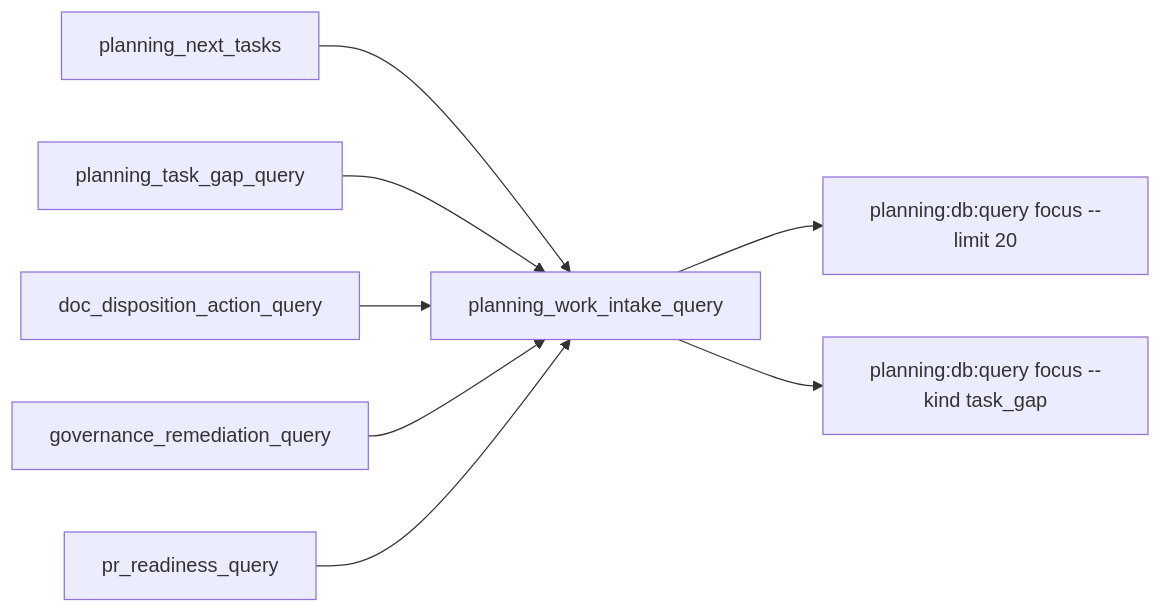
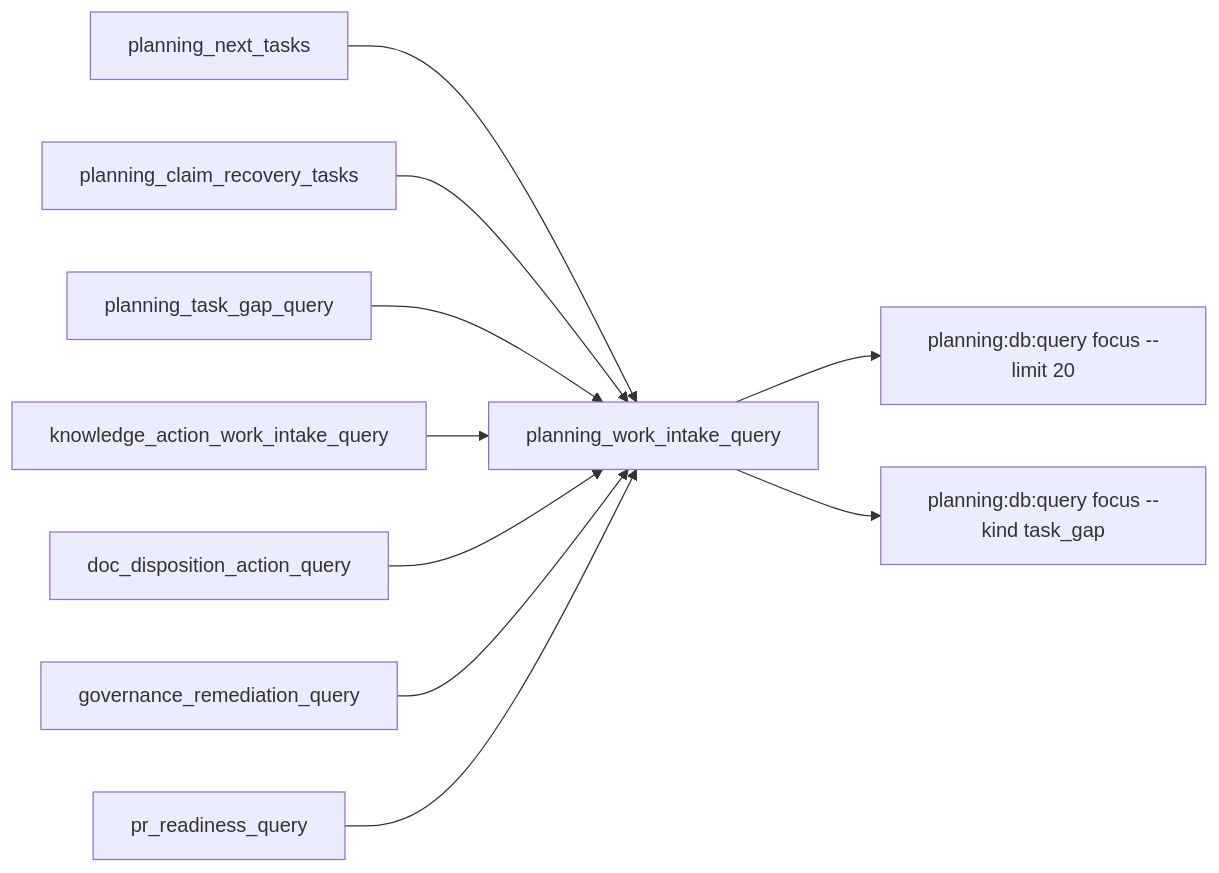
Before and after one commit to dunay2/dvt: diagram 14 of 15 in docs/planning/proposals/mandatory/governance-and-docs/planning-state-query-store-plan-20260506.md, drawn with Mermaid. The commit also changed other lines of this file and 4 other files, not shown here.

Commit message:
fix(planner): Route active planning claims through next tasks

````diff
--- a/docs/planning/proposals/mandatory/governance-and-docs/planning-state-query-store-plan-20260506.md
+++ b/docs/planning/proposals/mandatory/governance-and-docs/planning-state-query-store-plan-20260506.md
@@ -1396,10 +1396,12 @@
 ```mermaid
 flowchart LR
   Next["planning_next_tasks"] --> Intake["planning_work_intake_query"]
+  Claims["planning_claim_recovery_tasks"] --> Intake
   Gaps["planning_task_gap_query"] --> Intake
+  Knowledge["knowledge_action_work_intake_query"] --> Intake
   Docs["doc_disposition_action_query"] --> Intake
   Remediation["governance_remediation_query"] --> Intake
   Readiness["pr_readiness_query"] --> Intake
   Intake --> Focus["planning:db:query focus --limit 20"]
   Intake --> FocusKind["planning:db:query focus --kind task_gap"]
 ```
````
